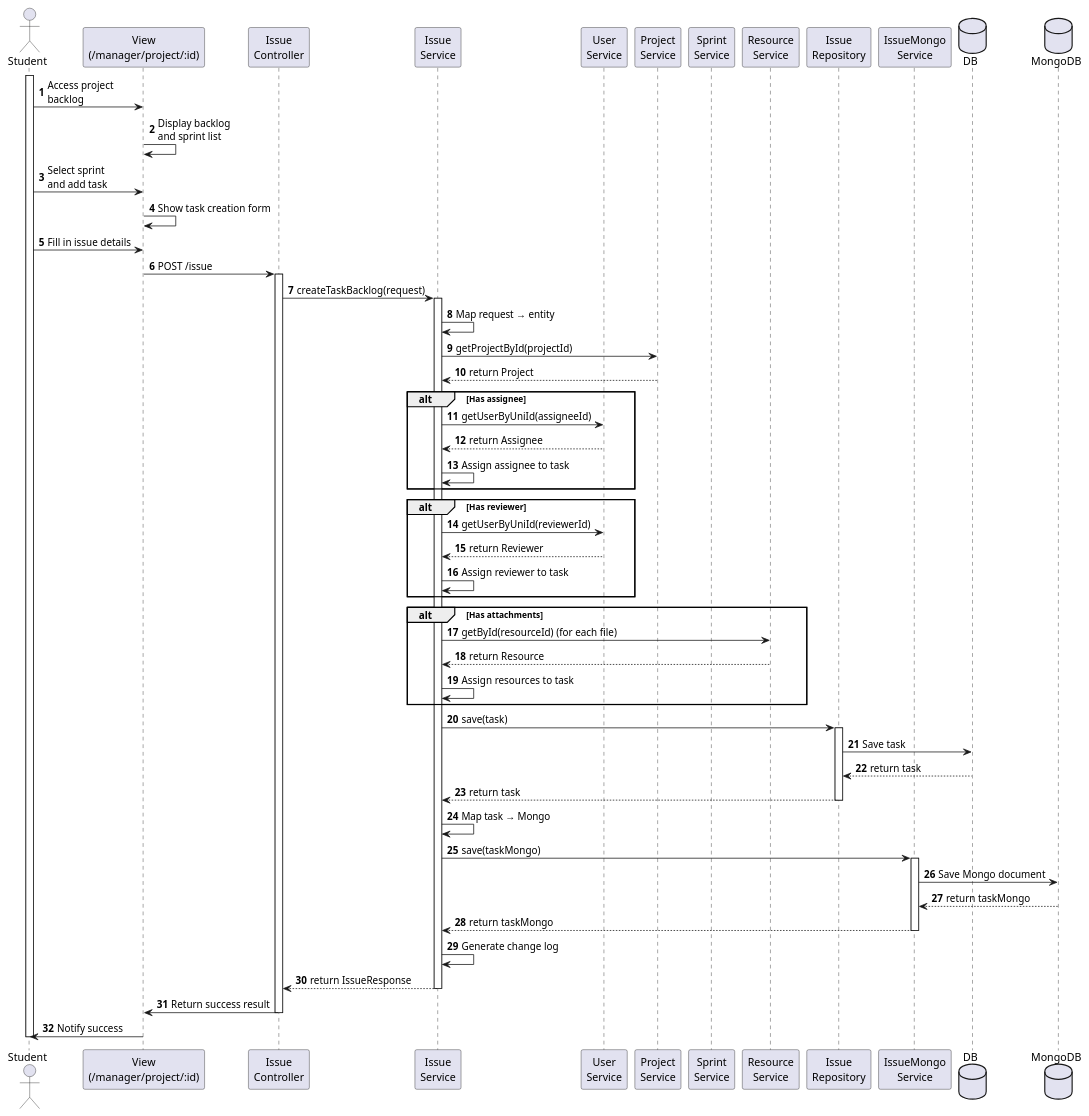
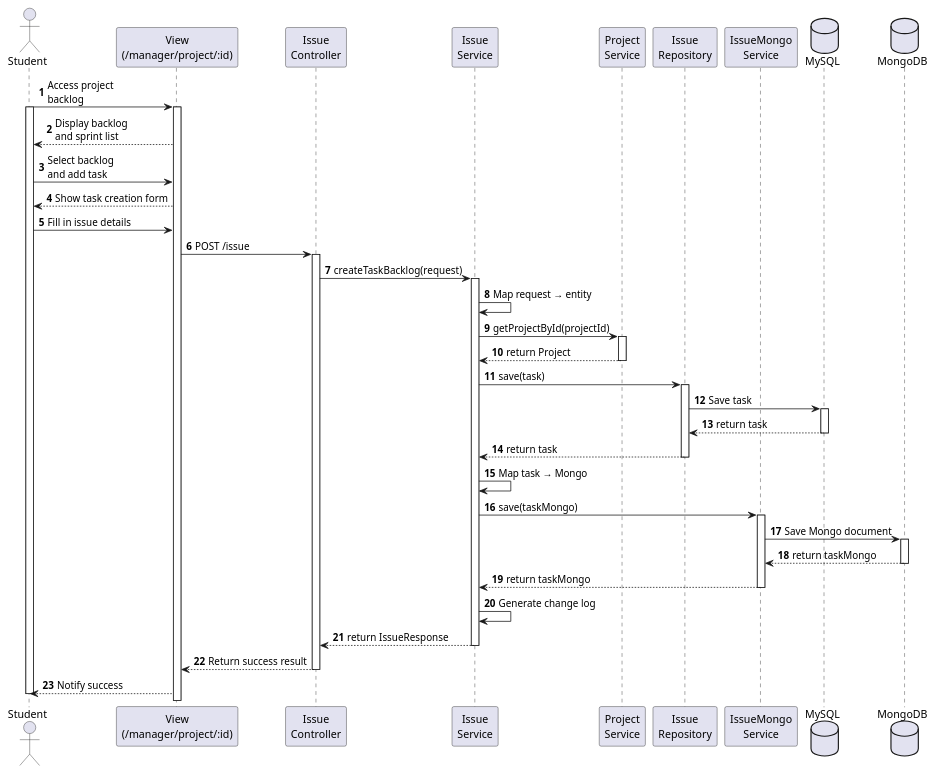
The diagram in swagger/sequence/student/issue_create_backlog.puml (tandang2003/KLTN-Agile-Scrum-Tuan-Duc), drawn with PlantUML before and after one commit. The commit also changed 45 other files, not shown here.

Commit message:
feat: update sequence

```diff
--- a/swagger/sequence/student/issue_create_backlog.puml
+++ b/swagger/sequence/student/issue_create_backlog.puml
@@ -1,79 +1,63 @@
 @startuml
 autonumber
 actor "Student" as SV
 
 participant "View\n(/manager/project/:id)" as View
 participant "Issue\nController" as Controller
 participant "Issue\nService" as IssueService
-participant "User\nService" as UserService
 participant "Project\nService" as ProjectService
-participant "Sprint\nService" as SprintService
-participant "Resource\nService" as ResourceService
 participant "Issue\nRepository" as IssueRepository
 participant "IssueMongo\nService" as IssueMongoService
-database "DB" as DB
+database "MySQL" as DB
 database "MongoDB" as Mongo
 
+SV -> View : Access project\nbacklog
 activate SV
-SV -> View : Access project\nbacklog
-View -> View : Display backlog\nand sprint list
-SV -> View : Select sprint\nand add task
-View -> View : Show task creation form
+activate View
+View --> SV : Display backlog\nand sprint list
+SV -> View : Select backlog\nand add task
+View --> SV : Show task creation form
 SV -> View : Fill in issue details
 
 View -> Controller : POST /issue
 activate Controller
 
 Controller -> IssueService : createTaskBacklog(request)
 activate IssueService
 IssueService -> IssueService : Map request → entity
 
 IssueService -> ProjectService : getProjectById(projectId)
+activate ProjectService
 ProjectService --> IssueService : return Project
-
-
-alt Has assignee
-    IssueService -> UserService : getUserByUniId(assigneeId)
-    UserService --> IssueService : return Assignee
-    IssueService -> IssueService : Assign assignee to task
-end
-
-alt Has reviewer
-    IssueService -> UserService : getUserByUniId(reviewerId)
-    UserService --> IssueService : return Reviewer
-    IssueService -> IssueService : Assign reviewer to task
-end
-
-alt Has attachments
-    IssueService -> ResourceService : getById(resourceId) (for each file)
-    ResourceService --> IssueService : return Resource
-    IssueService -> IssueService : Assign resources to task
-end
-
+deactivate ProjectService
 IssueService -> IssueRepository : save(task)
 activate IssueRepository
 IssueRepository -> DB : Save task
+activate DB
 DB --> IssueRepository : return task
+deactivate DB
 IssueRepository --> IssueService : return task
 deactivate IssueRepository
 
 IssueService -> IssueService : Map task → Mongo
 IssueService -> IssueMongoService : save(taskMongo)
-activate "IssueMongoService"
+activate IssueMongoService
 IssueMongoService -> Mongo : Save Mongo document
+activate Mongo
 Mongo --> IssueMongoService : return taskMongo
+deactivate Mongo
 IssueMongoService --> IssueService : return taskMongo
 deactivate "IssueMongoService"
 
 IssueService -> IssueService : Generate change log
 
 IssueService --> Controller : return IssueResponse
 deactivate IssueService
 
-Controller -> View : Return success result
+Controller --> View : Return success result
 deactivate Controller
 
-View -> SV : Notify success
+View --> SV : Notify success
 deactivate SV
 
 @enduml
```
